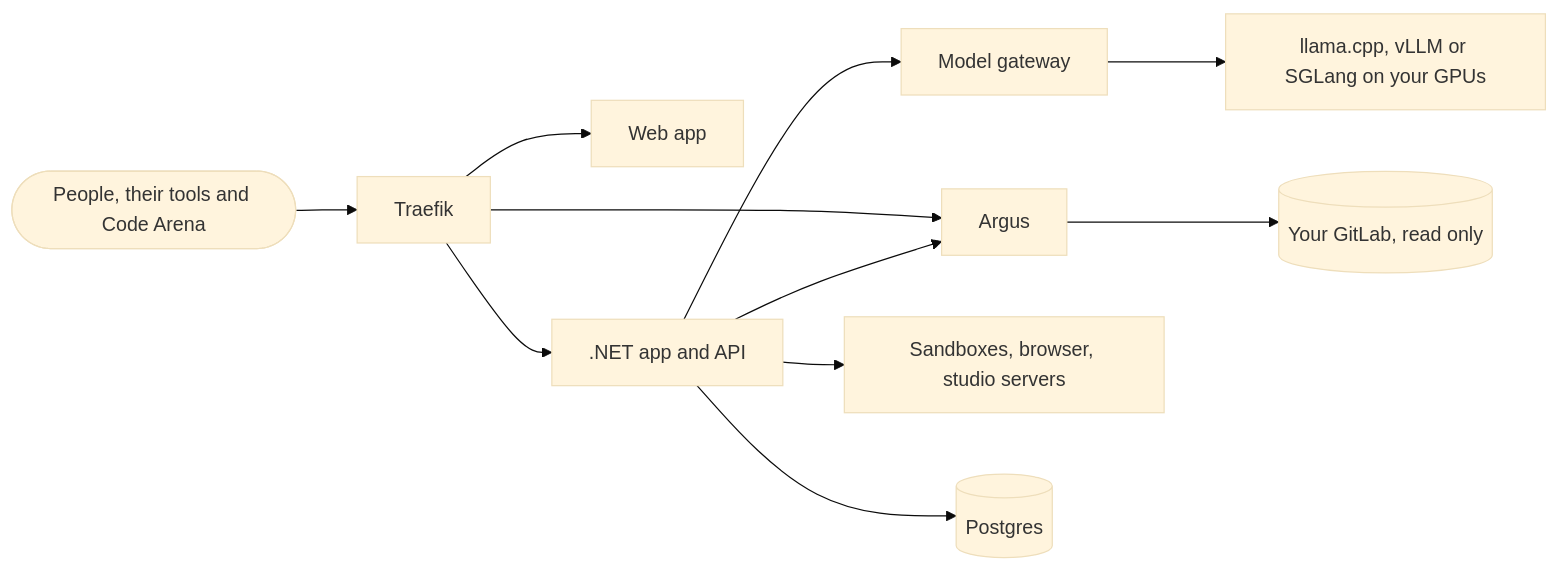
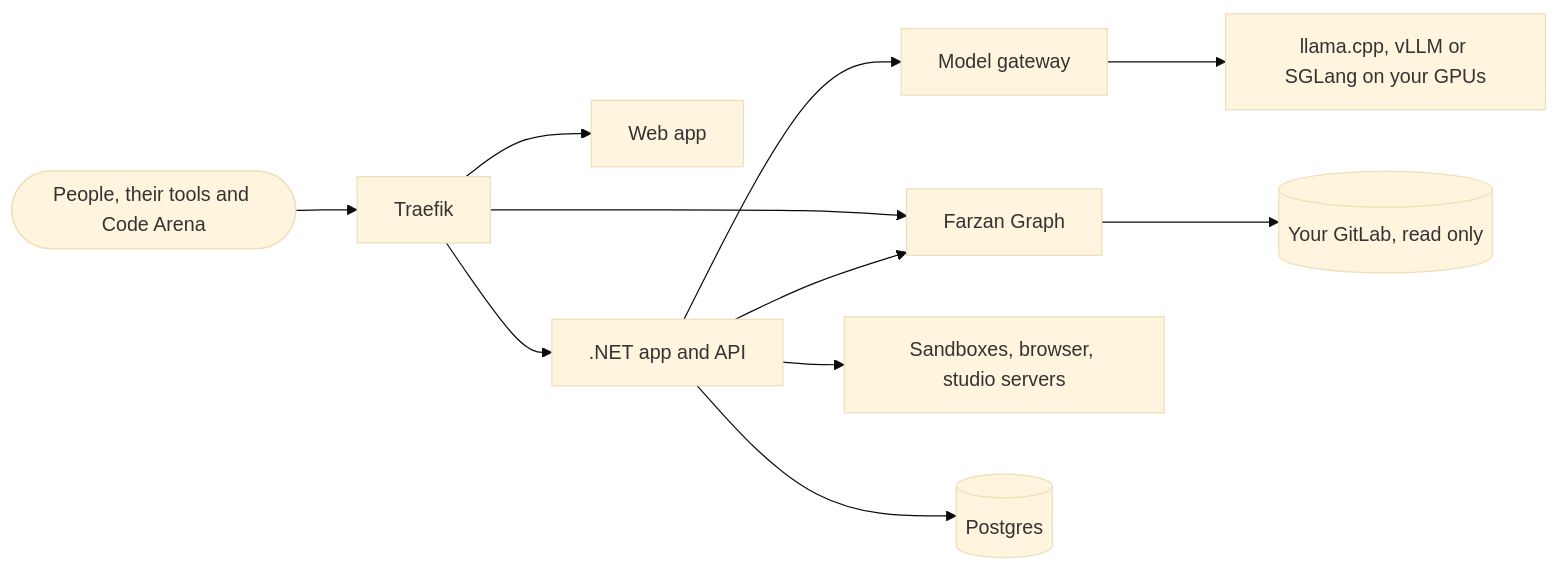
Before and after one commit to Binchitects/argus: the diagram in README.md, drawn with Mermaid (base theme). The commit also changed other lines of this file and 202 other files, not shown here.

````diff
--- a/README.md
+++ b/README.md
@@ -209,8 +209,8 @@
 ```mermaid
 flowchart LR
   people([People, their tools and Code Arena]) --> traefik[Traefik]
-  traefik --> web[Web app] & app[.NET app and API] & argus[Argus]
+  traefik --> web[Web app] & app[.NET app and API] & code-intel[Farzan Graph]
   app --> gateway[Model gateway] --> engines[llama.cpp, vLLM or SGLang on your GPUs]
-  app --> argus --> gitlab[(Your GitLab, read only)]
+  app --> code-intel --> gitlab[(Your GitLab, read only)]
   app --> tools[Sandboxes, browser, studio servers] & pg[(Postgres)]
 ```
````
